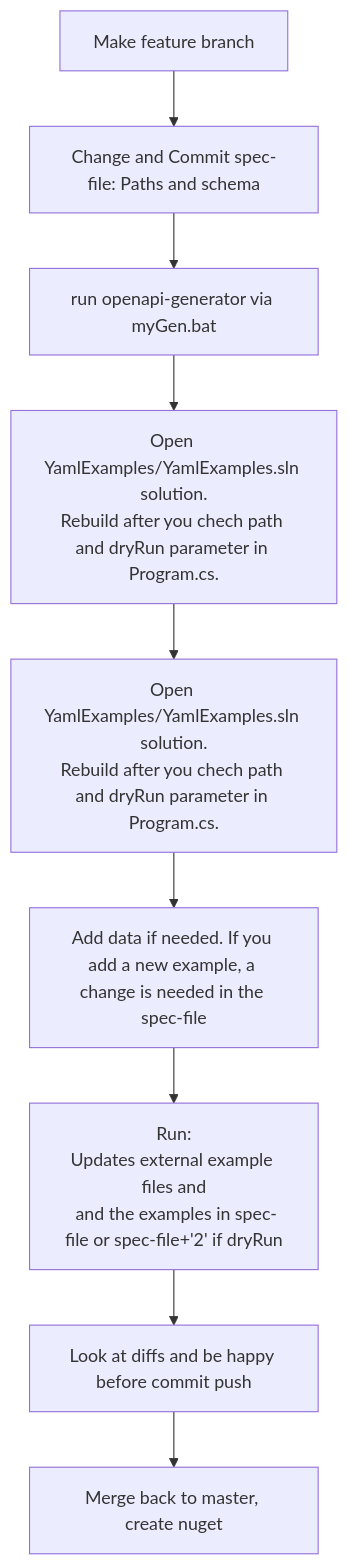
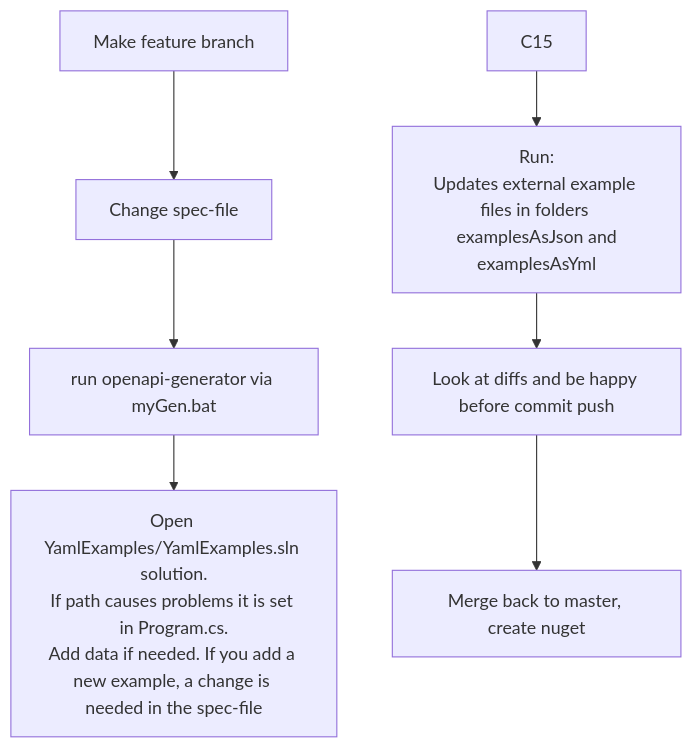
Before and after one commit to PxTools/PxApiSpecs: the diagram in generator/Readme.md, drawn with Mermaid. The commit also changed other lines of this file, not shown here.

````diff
--- a/generator/Readme.md
+++ b/generator/Readme.md
@@ -3,15 +3,13 @@
 ```mermaid      
  graph TD;
       A0[Make feature branch]-->A
-      A[Change and Commit spec-file: Paths and schema]-->B[run openapi-generator via myGen.bat];
-      B-->C5[Open YamlExamples/YamlExamples.sln solution.<br>Rebuild after you chech path and dryRun parameter in Program.cs.];
+      A[Change spec-file]-->B[run openapi-generator via myGen.bat];
+      B-->C5[Open YamlExamples/YamlExamples.sln solution.<br>If path causes problems it is set in Program.cs.<br>Add data if needed. If you add a new example, a change is needed in the spec-file];
+    
       
-      C5-->C10[Open YamlExamples/YamlExamples.sln solution.<br>Rebuild after you chech path and dryRun parameter in Program.cs.];
-    
-      C10-->C15[Add data if needed. If you add a new example, a change is needed in the spec-file];
-      C15-->D[Run:<br>Updates external example files and<br> and the examples in spec-file or spec-file+'2' if dryRun];
+      C15-->D[Run:<br>Updates external example files in folders <br> examplesAsJson and examplesAsYml];
 
       D-->D20[Look at diffs and be happy before commit push ];
       D20-->F[Merge back to master, create nuget];
       
 ```
````
